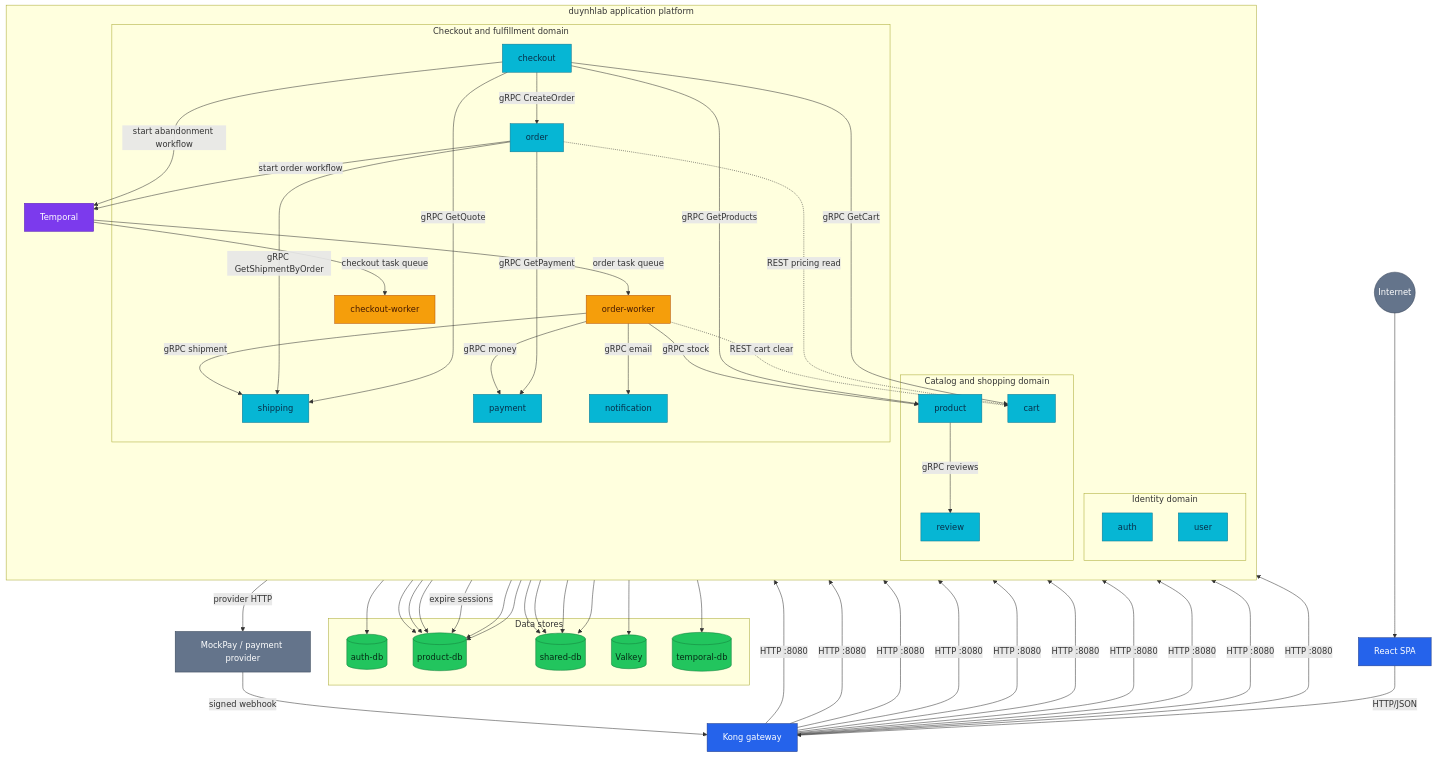
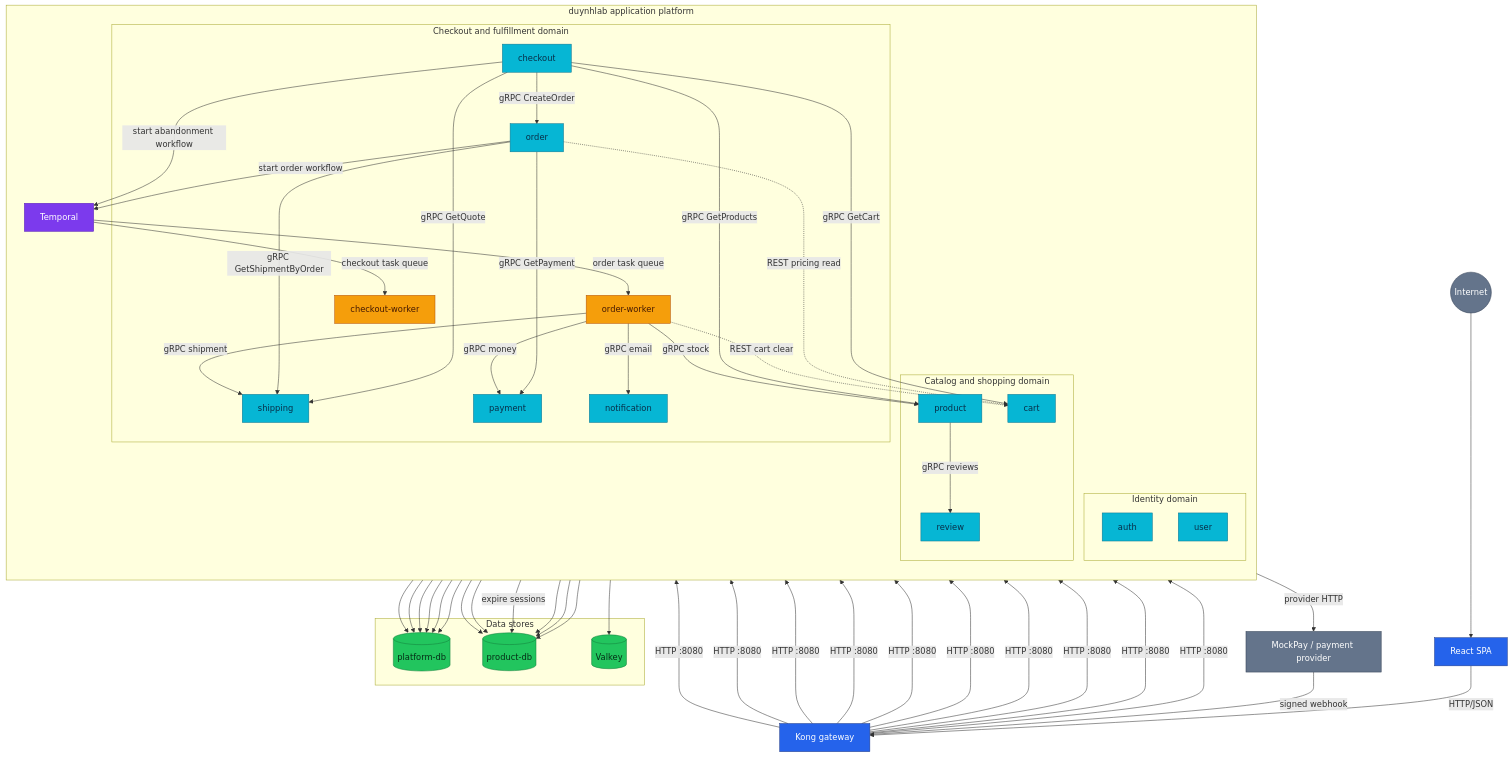
Before and after one commit to duynhlab/homelab: the first of 6 diagrams in docs/api/api.md, drawn with Mermaid. The commit also changed 147 other files, not shown here.

````diff
--- a/docs/api/api.md
+++ b/docs/api/api.md
@@ -89,25 +89,23 @@
     Payment -->|"provider HTTP"| Provider
 
     subgraph Data["Data stores"]
-        AuthDB[("auth-db")]
+        PlatformDB[("platform-db")]
         ProductDB[("product-db")]
-        SharedDB[("shared-db")]
-        TemporalDB[("temporal-db")]
         Valkey[("Valkey")]
     end
-    Auth --> AuthDB
+    Auth --> PlatformDB
     Product --> ProductDB
     Cart --> ProductDB
     Checkout --> ProductDB
     CheckoutWorker -->|"expire sessions"| ProductDB
     Order --> ProductDB
     Payment --> ProductDB
-    User --> SharedDB
-    Review --> SharedDB
-    Shipping --> SharedDB
-    Notification --> SharedDB
+    User --> PlatformDB
+    Review --> PlatformDB
+    Shipping --> PlatformDB
+    Notification --> PlatformDB
     Product --> Valkey
-    Temporal --> TemporalDB
+    Temporal --> PlatformDB
 
     classDef edge fill:#2563eb,color:#fff,stroke:#1e3a8a;
     classDef service fill:#06b6d4,color:#082f49,stroke:#0e7490;
@@ -119,6 +117,6 @@
     class Auth,User,Product,Review,Cart,Checkout,Order,Shipping,Payment,Notification service;
     class CheckoutWorker,OrderWorker worker;
     class Temporal platform;
-    class AuthDB,ProductDB,SharedDB,TemporalDB,Valkey data;
+    class PlatformDB,ProductDB,Valkey data;
     class Internet,Provider external;
 ```
````
